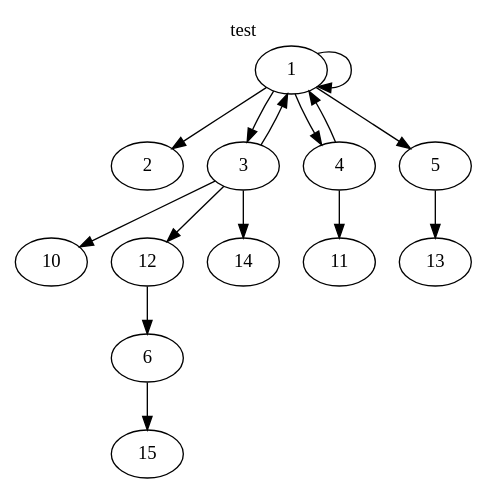
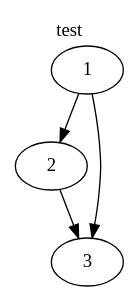
One commit to DQsamayoa/tweensvg changed the diagram in test_inputs/dot1/frame2.dot. Above: the diagram before and after it, drawn with Graphviz. The commit also changed 7 other files, not shown here.

```diff
--- a/test_inputs/dot1/frame2.dot
+++ b/test_inputs/dot1/frame2.dot
@@ -1,32 +1,11 @@
 
 digraph frame{
     labelloc="t";
     label="test";
     1 [id=node1];
     2 [id=node2];
     3 [id=node3];
-    4 [id=node4];
-    5 [id=node5];
-    10 [id=node10];
-    11 [id=node11];
-    12 [id=node12];
-    13 [id=node13];
-    14 [id=node14];
-    15 [id=node15];
-    1 -> 1 [id=edge_1_1];
     1 -> 2 [id=edge_1_2];
     1 -> 3 [id=edge_1_3];
-    1 -> 4 [id=edge_1_4];
-    1 -> 5 [id=edge_1_5];
-    4 -> 1 [id=edge_4_1];
-    3 -> 1 [id=edge_3_1];
-
-
-    3 -> 10 [id=edge_3_10];
-    4 -> 11 [id=edge_4_11];
-    3 -> 12 [id=edge_3_12];
-    5 -> 13 [id=edge_5_13];
-    3 -> 14 [id=edge_3_14];
-    6 -> 15 [id=edge_6_15];
-    12 -> 6 [id=edge_12_6];
+    2 -> 3 [id=edge_2_3];
 }
```
